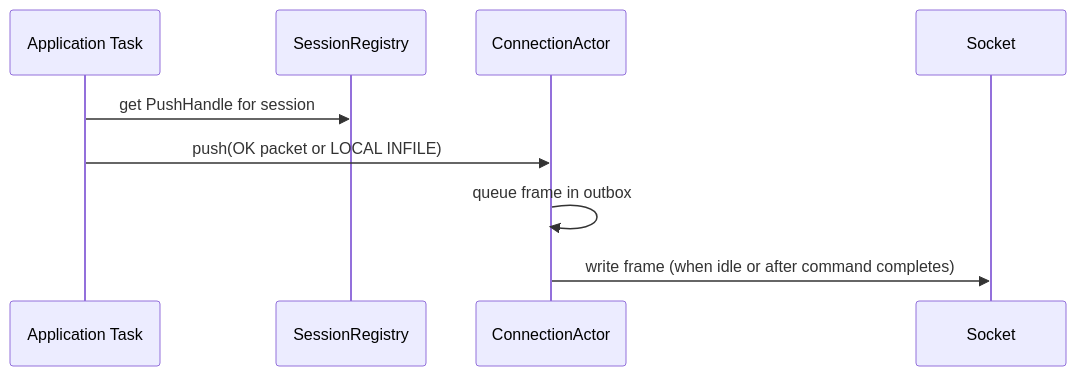
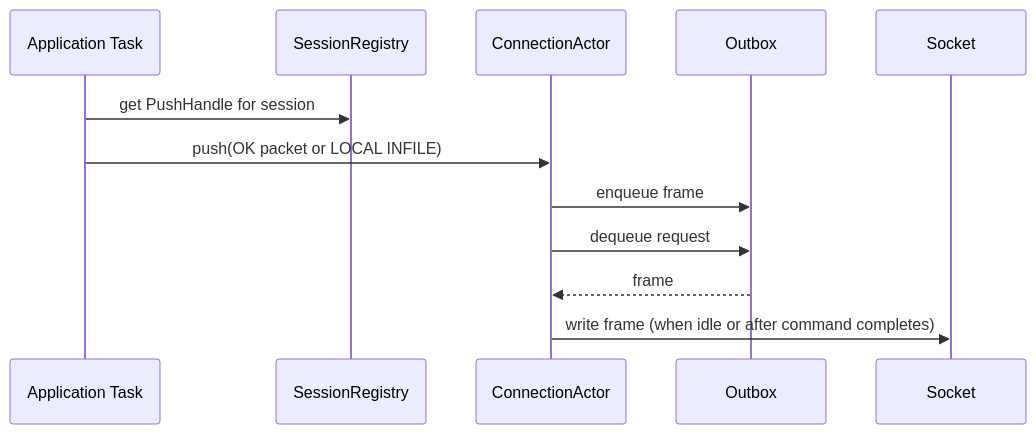
One commit to leynos/wireframe changed the fifth of 7 diagrams in docs/asynchronous-outbound-messaging-design.md. Above: the diagram before and after it, drawn with Mermaid. The commit also changed other lines of this file, not shown here.

First line of the commit message:
Fix mermaid queue arrows (#126)

````diff
--- a/docs/asynchronous-outbound-messaging-design.md
+++ b/docs/asynchronous-outbound-messaging-design.md
@@ -418,11 +423,14 @@
 ```mermaid
 sequenceDiagram
     participant AppTask as Application Task
     participant SessionRegistry
     participant ConnectionActor
+    participant Outbox
     participant Socket
     AppTask->>SessionRegistry: get PushHandle for session
     AppTask->>ConnectionActor: push(OK packet or LOCAL INFILE)
-    ConnectionActor->>ConnectionActor: queue frame in outbox
+    ConnectionActor->>Outbox: enqueue frame
+    ConnectionActor->>Outbox: dequeue request
+    Outbox-->>ConnectionActor: frame
     ConnectionActor->>Socket: write frame (when idle or after command completes)
 ```
````
